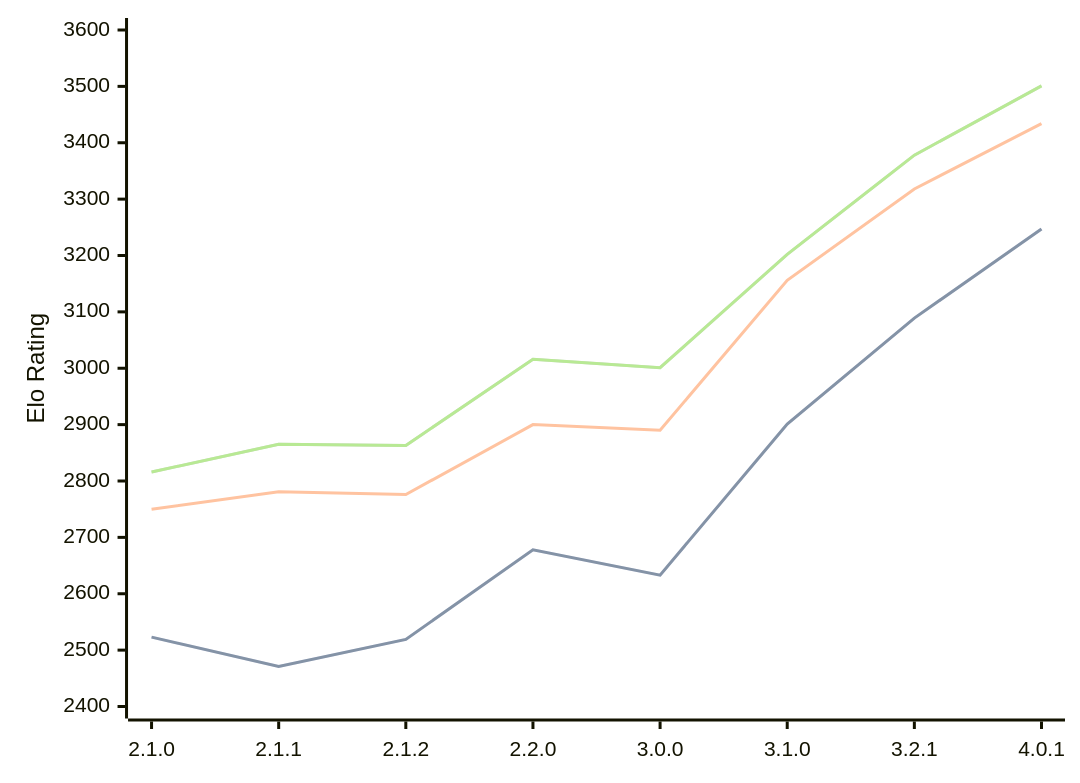
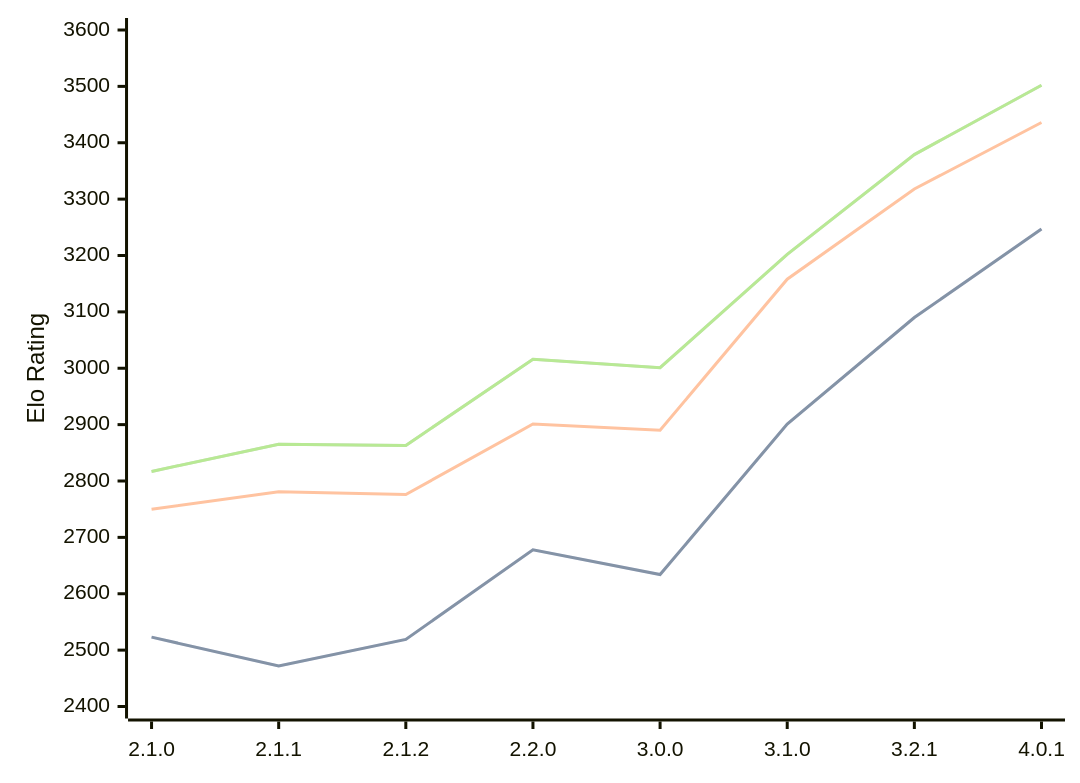
One commit to computer-chess-index/cci changed the diagram in engines/Prune.md. Above: the diagram before and after it, drawn with Mermaid. The commit also changed other lines of this file, not shown here.

Commit message:
Update CCI Ratings (ELO VLTC) - 2026-08-20

````diff
--- a/engines/Prune.md
+++ b/engines/Prune.md
@@ -40,11 +40,11 @@
 ```mermaid
 %%{init: {"theme":"base","themeVariables":{"seriesColors:['#a3a3a3','#222221','#faa371']}}}%%
 xychart-beta
   x-axis ["2.1.0", "2.1.1", "2.1.2", "2.2.0", "3.0.0", "3.1.0", "3.2.1", "4.0.1"]
   y-axis "Elo Rating" 2400 --> 3600
-  line "STC (8.0+0.08s)" [2523, 2471, 2519, 2678, 2633, 2901, 3089, 3247]
-  line "STC (8.0+0.08s)" [2523, 2471, 2519, 2678, 2633, 2901, 3089, 3247]
-  line "LTC (60.0+0.60s)" [2750, 2781, 2776, 2900, 2890, 3156, 3318, 3434]
-  line "VLTC (2m24s+1.12s)" [2816, 2865, 2863, 3016, 3001, 3202, 3378, 3501]
-  line "VLTC (2m24s+1.12s)" [2816, 2865, 2863, 3016, 3001, 3202, 3378, 3501]
+  line "STC (8.0+0.08s)" [2523, 2472, 2519, 2678, 2634, 2901, 3090, 3247]
+  line "STC (8.0+0.08s)" [2523, 2472, 2519, 2678, 2634, 2901, 3090, 3247]
+  line "LTC (60.0+0.60s)" [2750, 2781, 2776, 2901, 2890, 3158, 3318, 3436]
+  line "VLTC (2m24s+1.12s)" [2817, 2865, 2863, 3016, 3001, 3202, 3379, 3502]
+  line "VLTC (2m24s+1.12s)" [2817, 2865, 2863, 3016, 3001, 3202, 3379, 3502]
 ```
````
